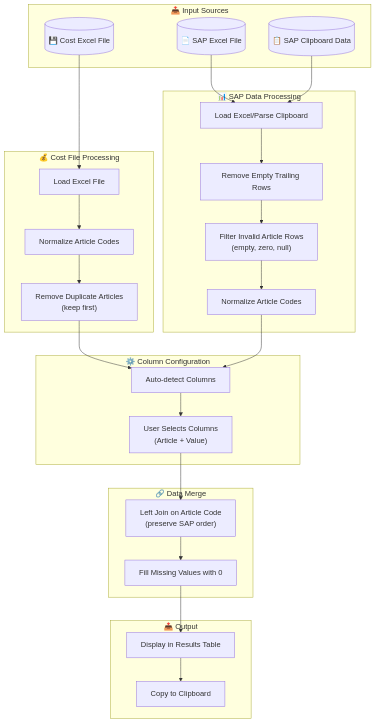
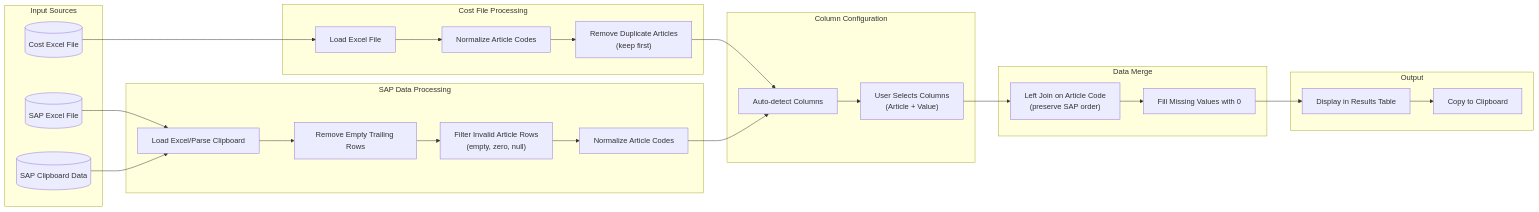
The diagram in README.md (02loveslollipop/Sap-Price-Updater), drawn with Mermaid before and after one commit.

Commit message:
doc: Update flowchart in README for improved clarity and remove emoji icons

````diff
--- a/README.md
+++ b/README.md
@@ -37,55 +37,55 @@
 ```mermaid
-flowchart TD
-    subgraph Input["📥 Input Sources"]
-        COST[("💾 Cost Excel File")]
-        SAP_FILE[("📄 SAP Excel File")]
-        SAP_CLIP[("📋 SAP Clipboard Data")]
+flowchart LR
+    subgraph Input["Input Sources"]
+        COST[("Cost Excel File")]
+        SAP_FILE[("SAP Excel File")]
+        SAP_CLIP[("SAP Clipboard Data")]
     end
 
-    subgraph CostProcessing["💰 Cost File Processing"]
+    subgraph CostProcessing["Cost File Processing"]
         LOAD_COST["Load Excel File"]
         NORM_COST["Normalize Article Codes"]
         DEDUP["Remove Duplicate Articles<br/>(keep first)"]
     end
 
-    subgraph SAPProcessing["📊 SAP Data Processing"]
+    subgraph SAPProcessing["SAP Data Processing"]
         LOAD_SAP["Load Excel/Parse Clipboard"]
         REMOVE_EMPTY["Remove Empty Trailing Rows"]
         FILTER_INVALID["Filter Invalid Article Rows<br/>(empty, zero, null)"]
         NORM_SAP["Normalize Article Codes"]
     end
 
-    subgraph ColumnConfig["⚙️ Column Configuration"]
+    subgraph ColumnConfig["Column Configuration"]
         AUTO_DETECT["Auto-detect Columns"]
         USER_SELECT["User Selects Columns<br/>(Article + Value)"]
     end
 
-    subgraph Merge["🔗 Data Merge"]
+    subgraph Merge["Data Merge"]
         LEFT_JOIN["Left Join on Article Code<br/>(preserve SAP order)"]
         FILL_NA["Fill Missing Values with 0"]
     end
 
-    subgraph Output["📤 Output"]
+    subgraph Output["Output"]
         DISPLAY["Display in Results Table"]
         COPY["Copy to Clipboard"]
     end
 
     COST --> LOAD_COST
     LOAD_COST --> NORM_COST
     NORM_COST --> DEDUP
 
     SAP_FILE --> LOAD_SAP
     SAP_CLIP --> LOAD_SAP
     LOAD_SAP --> REMOVE_EMPTY
     REMOVE_EMPTY --> FILTER_INVALID
     FILTER_INVALID --> NORM_SAP
 
     DEDUP --> AUTO_DETECT
     NORM_SAP --> AUTO_DETECT
     AUTO_DETECT --> USER_SELECT
 
     USER_SELECT --> LEFT_JOIN
     LEFT_JOIN --> FILL_NA
     FILL_NA --> DISPLAY
     DISPLAY --> COPY
 ```
````
